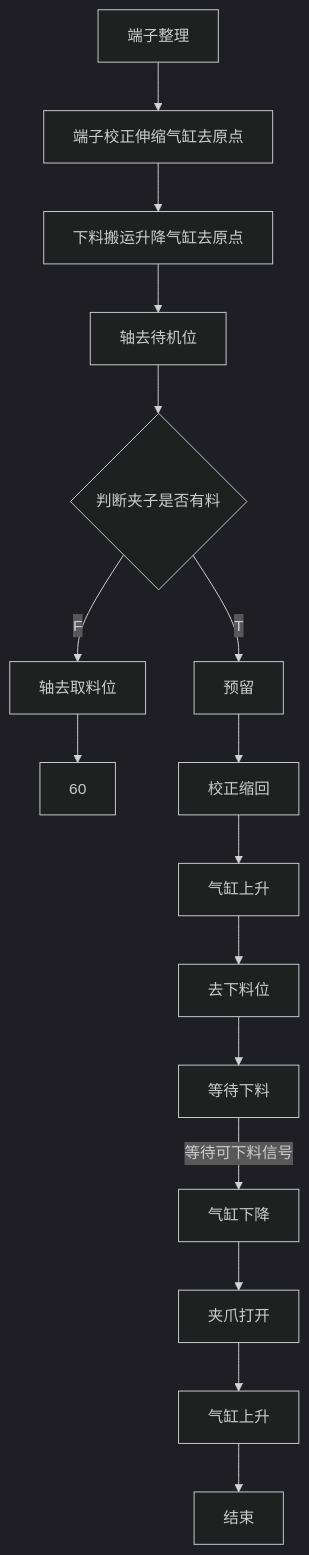
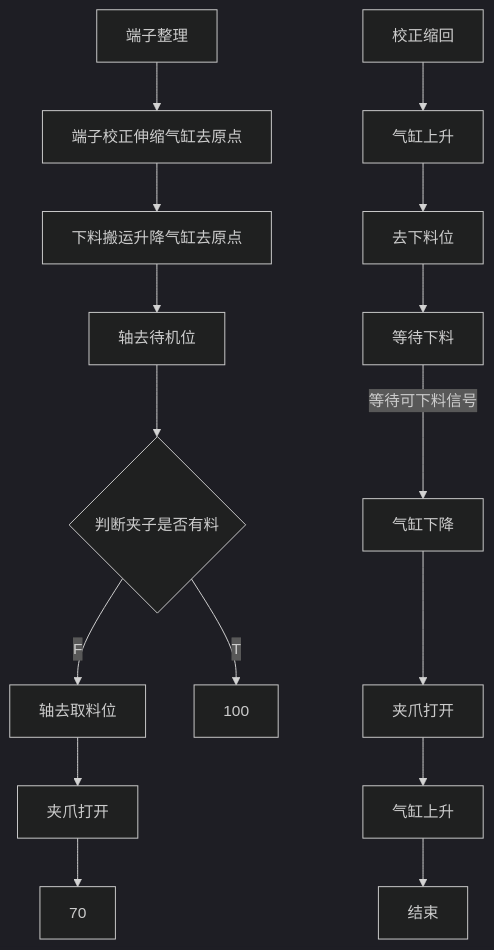
Before and after one commit to zmq000/iodraw-files: the diagram in all/VR-OP90端子整理.md, drawn with Mermaid (dark theme).

Commit message:
2026-06-18 11:07:36 update

````diff
--- a/all/VR-OP90端子整理.md
+++ b/all/VR-OP90端子整理.md
@@ -1,26 +1,26 @@
 ```mermaid
 graph TD
 0[端子整理]-->10
 10[端子校正伸缩气缸去原点]-->20
 20[下料搬运升降气缸去原点]-->30
 30[轴去待机位]-->40
 40{判断夹子是否有料}-->|T|100
 40-->|F|50
 50[轴去取料位]-->60
-%% 60[夹爪打开]-->70
+ 60[夹爪打开]-->70
 %% 70[下降到位]-->80
 %% 80[夹爪加紧]-->90
 %% 90[校正伸出]-->100
-100[预留]-->110
+%% 100[预留]-->110
 110[校正缩回]-->120
 120[气缸上升]-->130
 130[去下料位]-->140
 140[等待下料]-->|等待可下料信号|150
 150[气缸下降]-->160
 160[夹爪打开]-->170
 170[气缸上升]-->180
 180[结束]
 
 
   
 ```
````
